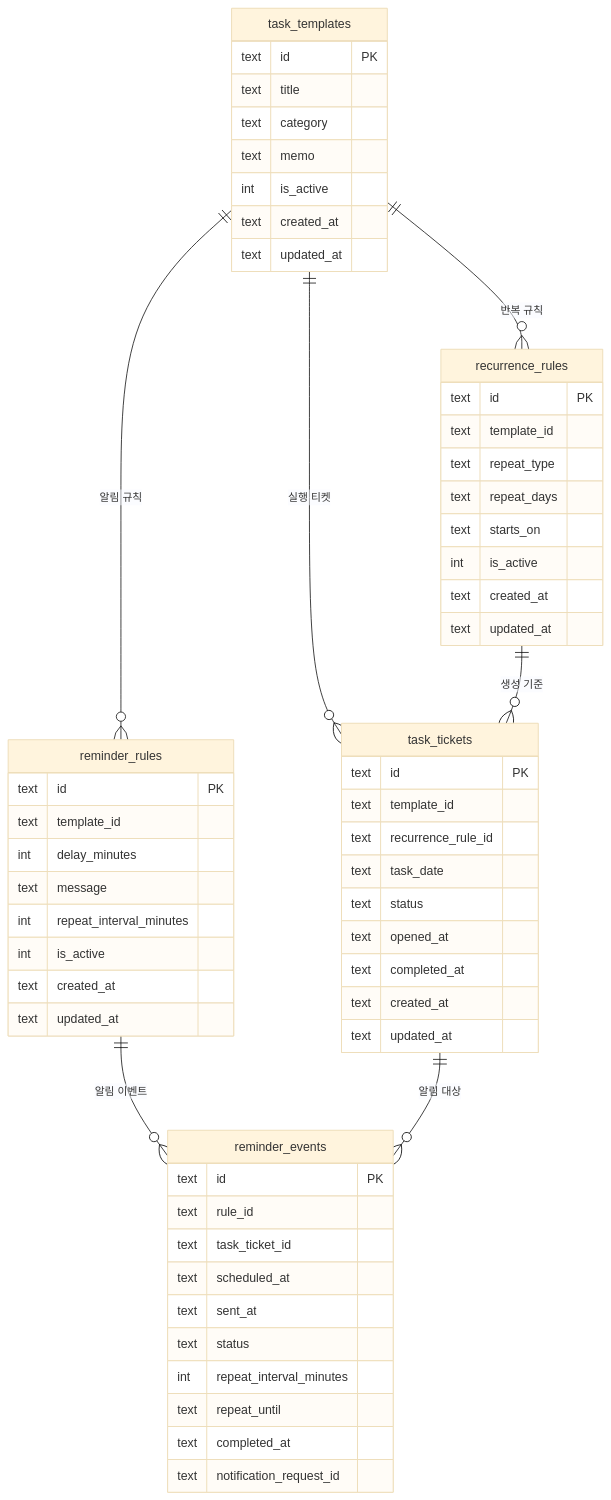
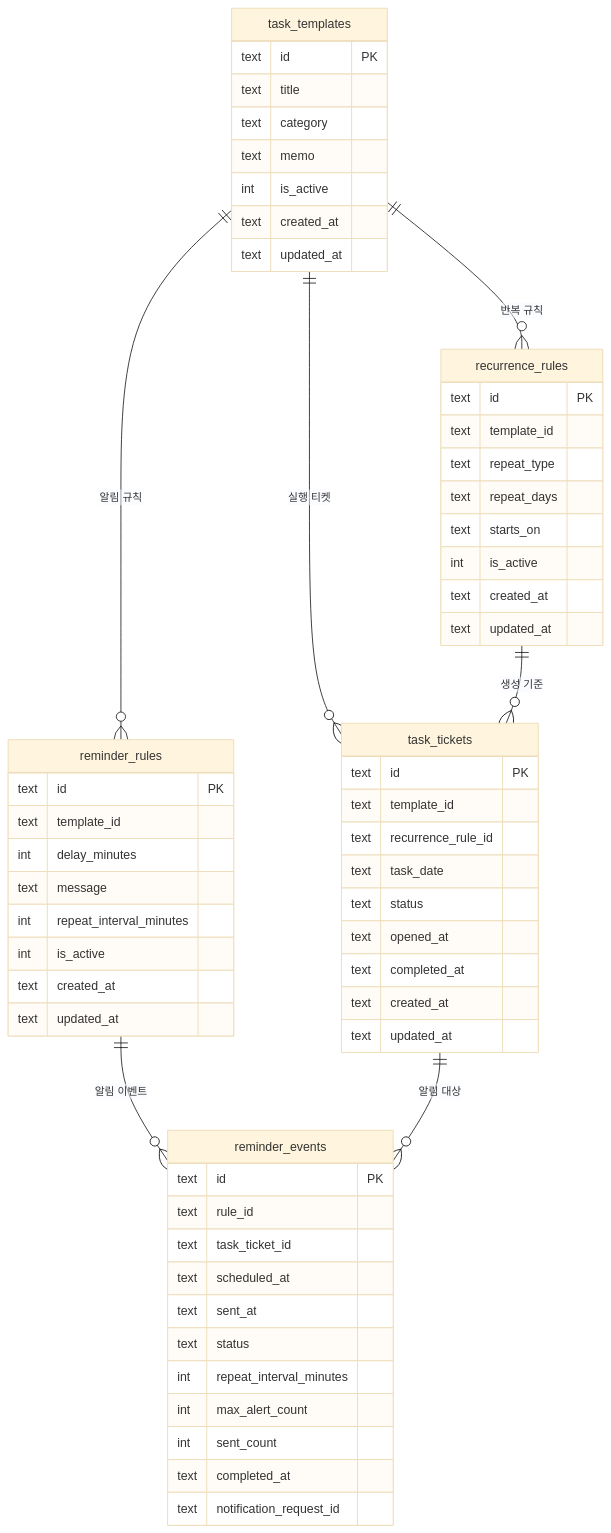
Before and after one commit to kimst5418/daily-routine: the diagram in docs/데이터구조-개편안.md, drawn with Mermaid (base theme). The commit also changed other lines of this file and 11 other files, not shown here.

````diff
--- a/docs/데이터구조-개편안.md
+++ b/docs/데이터구조-개편안.md
@@ -22,66 +22,67 @@
 ```mermaid
 erDiagram
     task_templates {
         text id PK
         text title
         text category
         text memo
         int is_active
         text created_at
         text updated_at
     }
 
     recurrence_rules {
         text id PK
         text template_id
         text repeat_type
         text repeat_days
         text starts_on
         int is_active
         text created_at
         text updated_at
     }
 
     task_tickets {
         text id PK
         text template_id
         text recurrence_rule_id
         text task_date
         text status
         text opened_at
         text completed_at
         text created_at
         text updated_at
     }
 
     reminder_rules {
         text id PK
         text template_id
         int delay_minutes
         text message
         int repeat_interval_minutes
         int is_active
         text created_at
         text updated_at
     }
 
     reminder_events {
         text id PK
         text rule_id
         text task_ticket_id
         text scheduled_at
         text sent_at
         text status
         int repeat_interval_minutes
-        text repeat_until
+        int max_alert_count
+        int sent_count
         text completed_at
         text notification_request_id
     }
 
     task_templates ||--o{ recurrence_rules : "반복 규칙"
     task_templates ||--o{ task_tickets : "실행 티켓"
     recurrence_rules ||--o{ task_tickets : "생성 기준"
     task_templates ||--o{ reminder_rules : "알림 규칙"
     reminder_rules ||--o{ reminder_events : "알림 이벤트"
     task_tickets ||--o{ reminder_events : "알림 대상"
 ```
````
